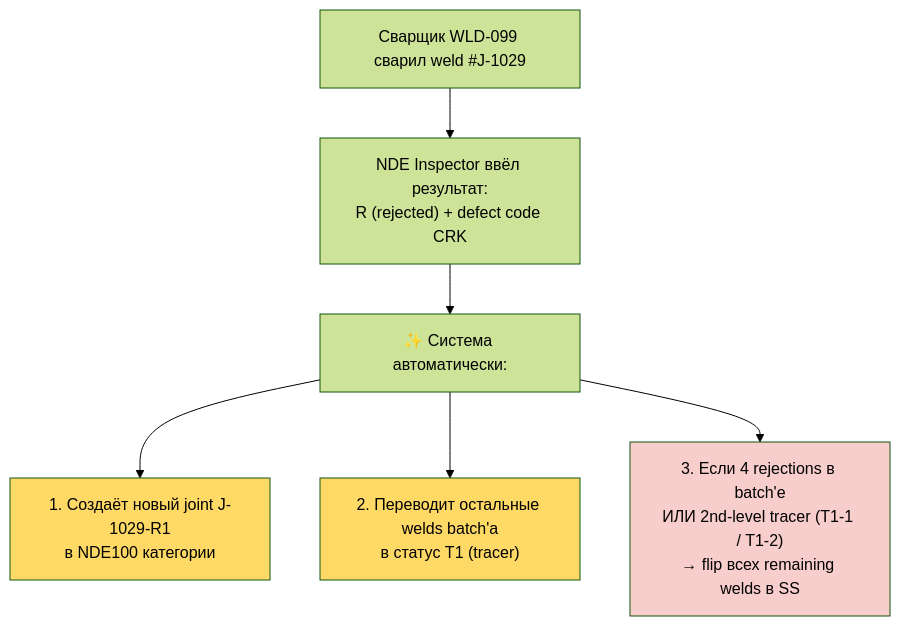
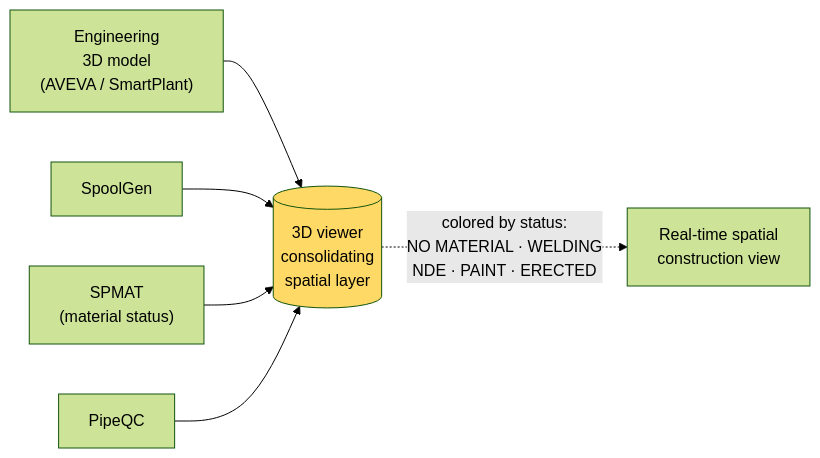
Before and after one commit to vvnezapnopwnz1/piping: the seventh of 9 diagrams in docs/presentations/01-pipeqc-overview.md, drawn with Mermaid (forest theme). The commit also changed other lines of this file and 28 other files, not shown here.

````diff
--- a/docs/presentations/01-pipeqc-overview.md
+++ b/docs/presentations/01-pipeqc-overview.md
@@ -354,18 +865,17 @@
 ```mermaid
-flowchart TB
-    A["Сварщик WLD-099 сварил weld #J-1029"]
-    B["NDE Inspector ввёл результат:<br/>R (rejected) + defect code CRK"]
-    C["✨ Система автоматически:"]
-    C1["1. Создаёт новый joint J-1029-R1<br/>в NDE100 категории"]
-    C2["2. Переводит остальные welds batch'а<br/>в статус T1 (tracer)"]
-    C3["3. Если 4 rejections в batch'е<br/>ИЛИ 2nd-level tracer (T1-1 / T1-2)<br/>→ flip всех remaining welds в SS"]
+flowchart LR
+    A["Engineering<br/>3D model<br/>(AVEVA / SmartPlant)"]
+    B["SpoolGen"]
+    C["SPMAT<br/>(material status)"]
+    D["PipeQC"]
+    E[("3D viewer<br/>consolidating<br/>spatial layer")]
 
-    A --> B --> C
-    C --> C1
-    C --> C2
-    C --> C3
+    A --> E
+    B --> E
+    C --> E
+    D --> E
 
-    style C1 fill:#ffd966
-    style C2 fill:#ffd966
-    style C3 fill:#f8cecc
+    E -.->|colored by status:<br/>NO MATERIAL · WELDING<br/>NDE · PAINT · ERECTED| F["Real-time spatial<br/>construction view"]
+
+    style E fill:#ffd966
 ```
````
